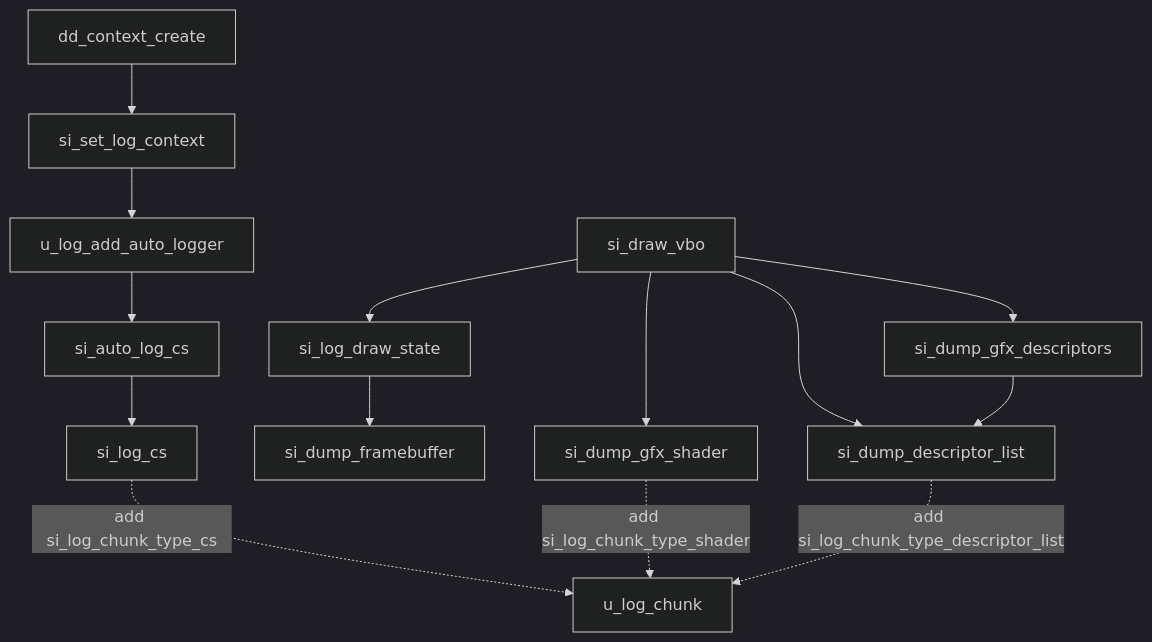
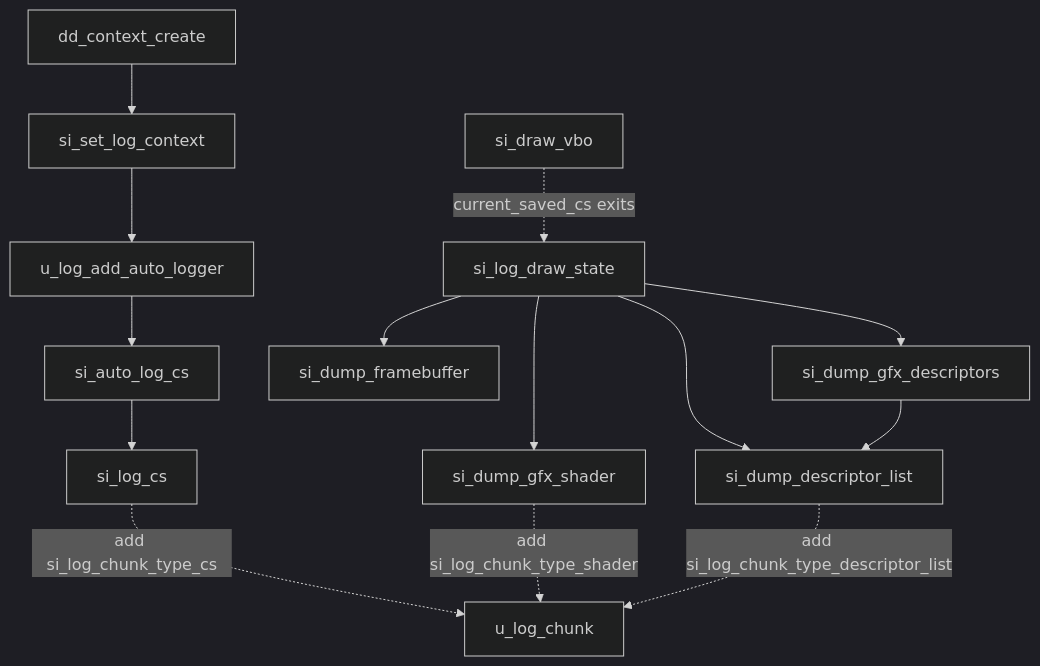
Before and after one commit to ddqwd/mesa3d: the first of 4 diagrams in ddebug.md, drawn with Mermaid (dark theme).

````diff
--- a/ddebug.md
+++ b/ddebug.md
@@ -34,18 +34,18 @@
 ```mermaid 
 graph TD 
 dd_context_create --> si_set_log_context -->
 u_log_add_auto_logger-->
 si_auto_log_cs -->
 si_log_cs -.add si_log_chunk_type_cs.-> u_log_chunk
 
-si_draw_vbo --> si_log_draw_state
+si_draw_vbo -.current_saved_cs exits .-> si_log_draw_state
 --> si_dump_framebuffer
-si_draw_vbo --> si_dump_gfx_shader 
+si_log_draw_state --> si_dump_gfx_shader 
 si_dump_gfx_shader -.add si_log_chunk_type_shader.-> u_log_chunk 
-si_draw_vbo --> si_dump_descriptor_list
-si_draw_vbo --> si_dump_gfx_descriptors
+si_log_draw_state --> si_dump_descriptor_list
+si_log_draw_state --> si_dump_gfx_descriptors
 si_dump_gfx_descriptors --> si_dump_descriptor_list 
 si_dump_descriptor_list -.add si_log_chunk_type_descriptor_list .-> u_log_chunk 
 
 
 ```
````
